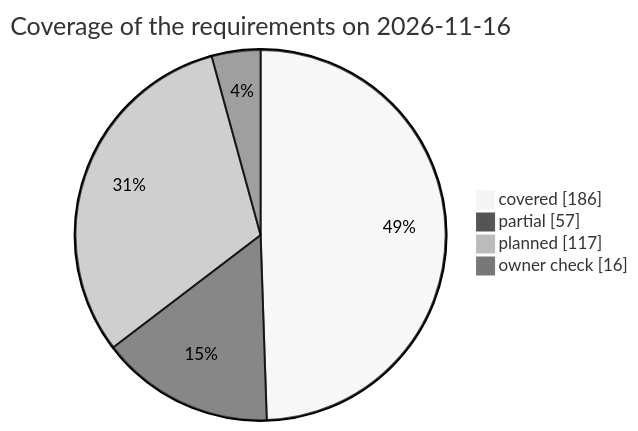
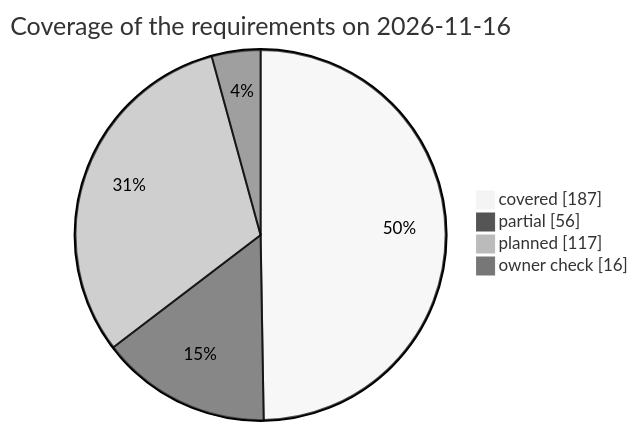
Before and after one commit to qa-io-vn/fnb-manager: the third of 3 diagrams in docs/test-plan.md, drawn with Mermaid (neutral theme). The commit also changed other lines of this file and 37 other files, not shown here.

````diff
--- a/docs/test-plan.md
+++ b/docs/test-plan.md
@@ -877,8 +878,8 @@
 ```mermaid
 pie showData
     title Coverage of the requirements on 2026-11-16
-    "covered" : 186
-    "partial" : 57
+    "covered" : 187
+    "partial" : 56
     "planned" : 117
     "owner check" : 16
 ```
````
